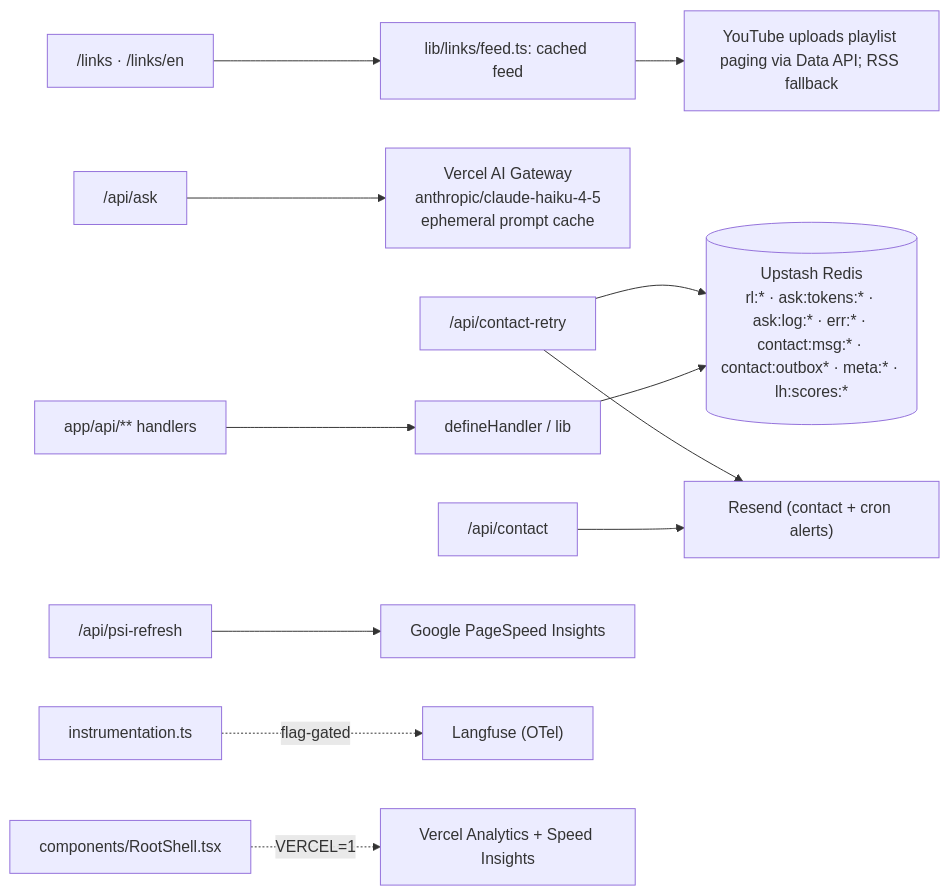
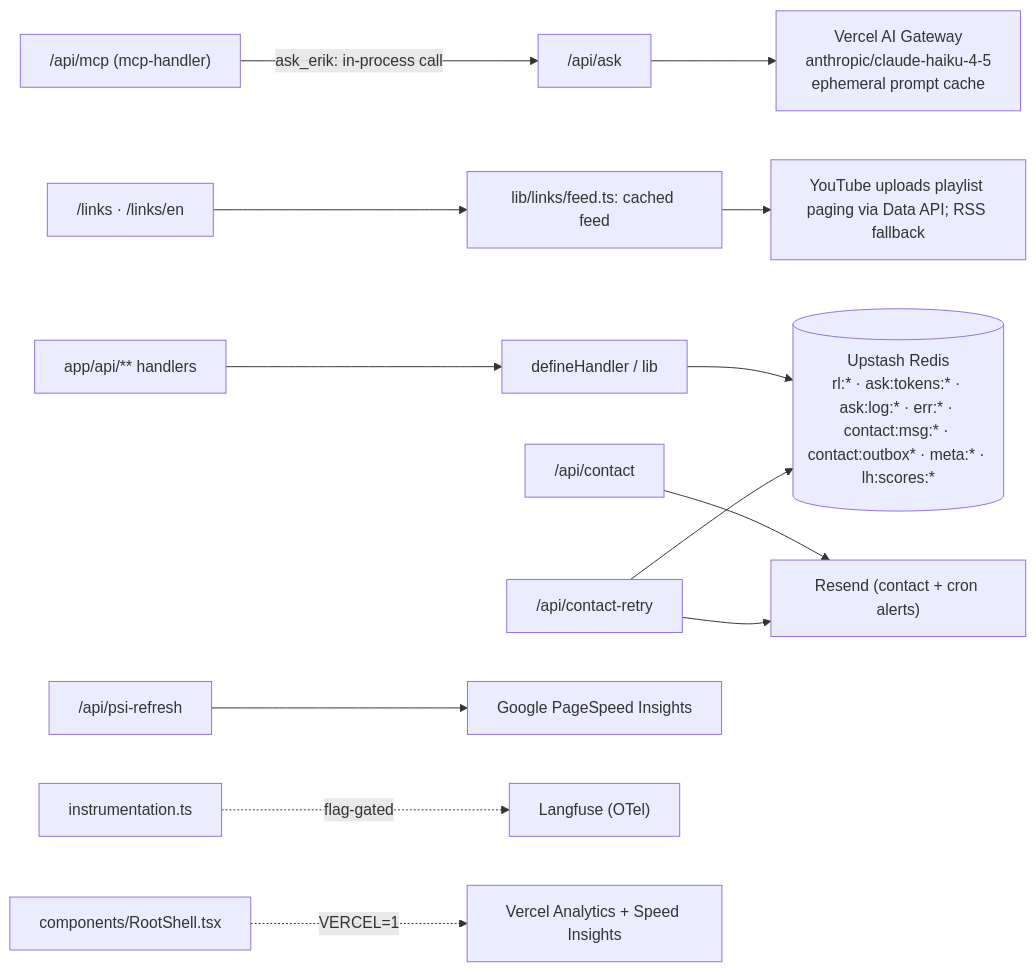
The diagram in docs/05-api-and-integrations.md (erikunha/portfolio), drawn with Mermaid before and after one commit. The commit also changed other lines of this file and 50 other files, not shown here.

````diff
--- a/docs/05-api-and-integrations.md
+++ b/docs/05-api-and-integrations.md
@@ -81,14 +82,15 @@
 ```mermaid
 flowchart LR
     routes["app/api/** handlers"] --> defh["defineHandler / lib"]
     defh --> redis[("Upstash Redis<br/>rl:* · ask:tokens:* · ask:log:* · err:* · contact:msg:* · contact:outbox* · meta:* · lh:scores:*")]
     ask["/api/ask"] --> gw["Vercel AI Gateway<br/>anthropic/claude-haiku-4-5<br/>ephemeral prompt cache"]
+    mcp["/api/mcp (mcp-handler)"] -->|ask_erik: in-process call| ask
     linkpages["/links · /links/en"] --> links["lib/links/feed.ts: cached feed"]
     links --> youtube["YouTube uploads playlist paging via Data API; RSS fallback"]
     contact["/api/contact"] --> resend["Resend (contact + cron alerts)"]
     retry["/api/contact-retry"] --> redis
     retry --> resend
     psicron["/api/psi-refresh"] --> psi["Google PageSpeed Insights"]
     instr["instrumentation.ts"] -.flag-gated.-> lf["Langfuse (OTel)"]
     layout["components/RootShell.tsx"] -.VERCEL=1.-> rum["Vercel Analytics + Speed Insights"]
 ```
````
